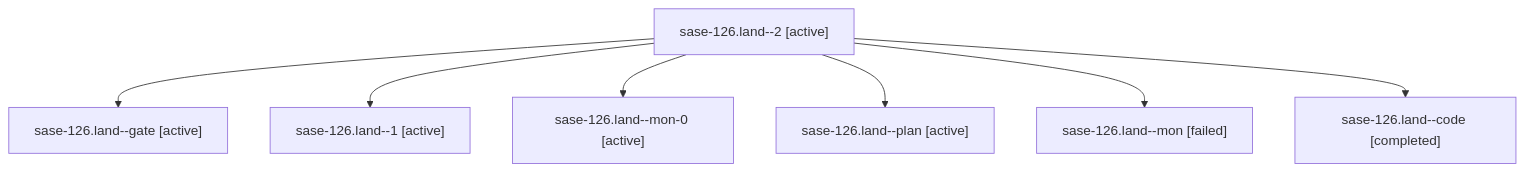
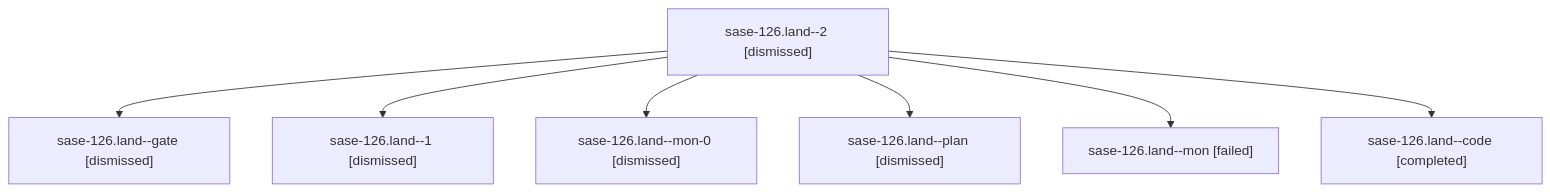
One commit to sase-org/sase--agents changed the diagram in sessions/bbugyi200.athena.sase-126.land.md. Above: the diagram before and after it, drawn with Mermaid. The commit also changed other lines of this file and 198 other files, not shown here.

````diff
--- a/sessions/bbugyi200.athena.sase-126.land.md
+++ b/sessions/bbugyi200.athena.sase-126.land.md
@@ -9,16 +9,16 @@
 ```mermaid
 flowchart TD
-  n0["sase-126.land--2 [active]"]
-  n1["sase-126.land--gate [active]"]
+  n0["sase-126.land--2 [dismissed]"]
+  n1["sase-126.land--gate [dismissed]"]
   n0 --> n1
-  n2["sase-126.land--1 [active]"]
+  n2["sase-126.land--1 [dismissed]"]
   n0 --> n2
-  n3["sase-126.land--mon-0 [active]"]
+  n3["sase-126.land--mon-0 [dismissed]"]
   n0 --> n3
-  n4["sase-126.land--plan [active]"]
+  n4["sase-126.land--plan [dismissed]"]
   n0 --> n4
   n5["sase-126.land--mon [failed]"]
   n0 --> n5
   n6["sase-126.land--code [completed]"]
   n0 --> n6
 ```
````
